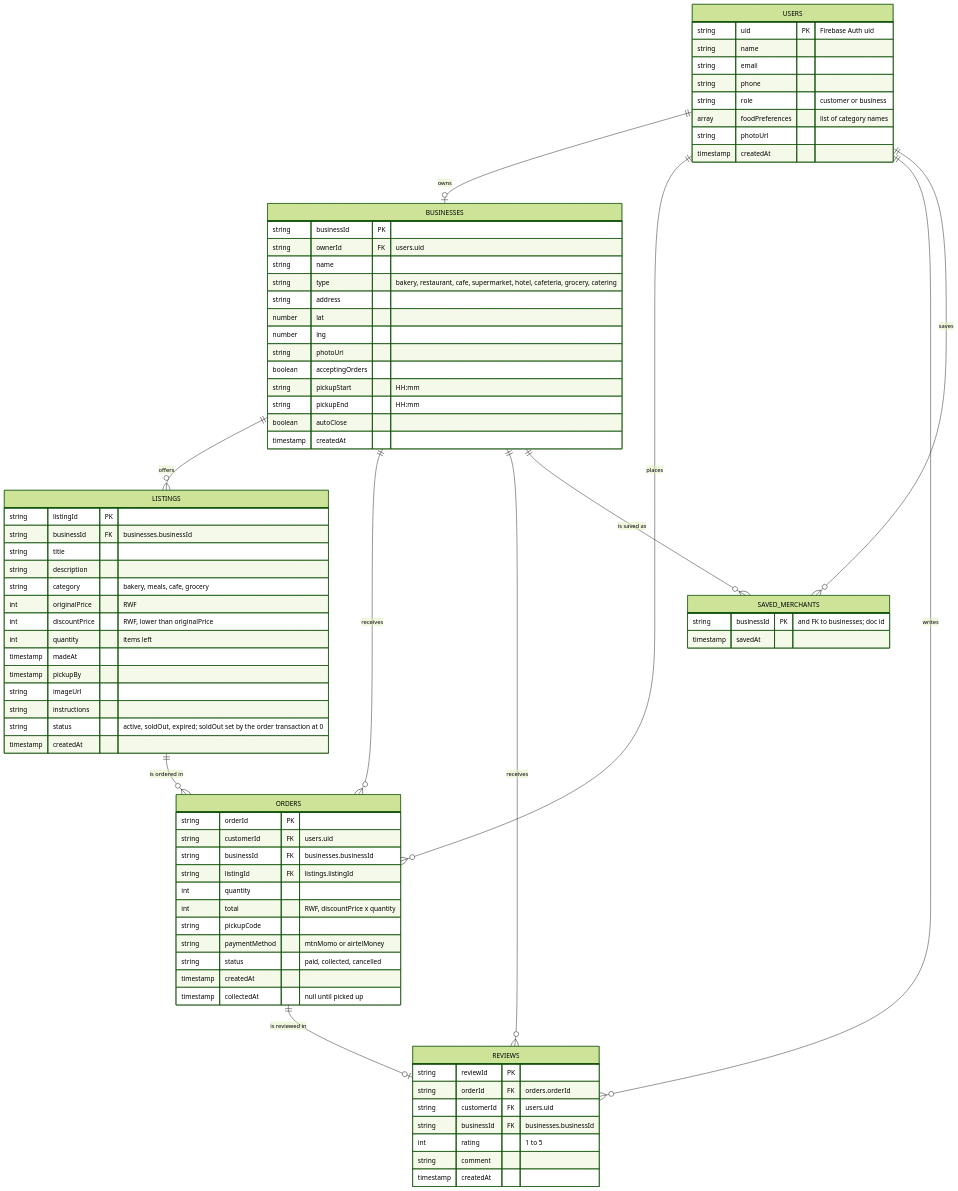
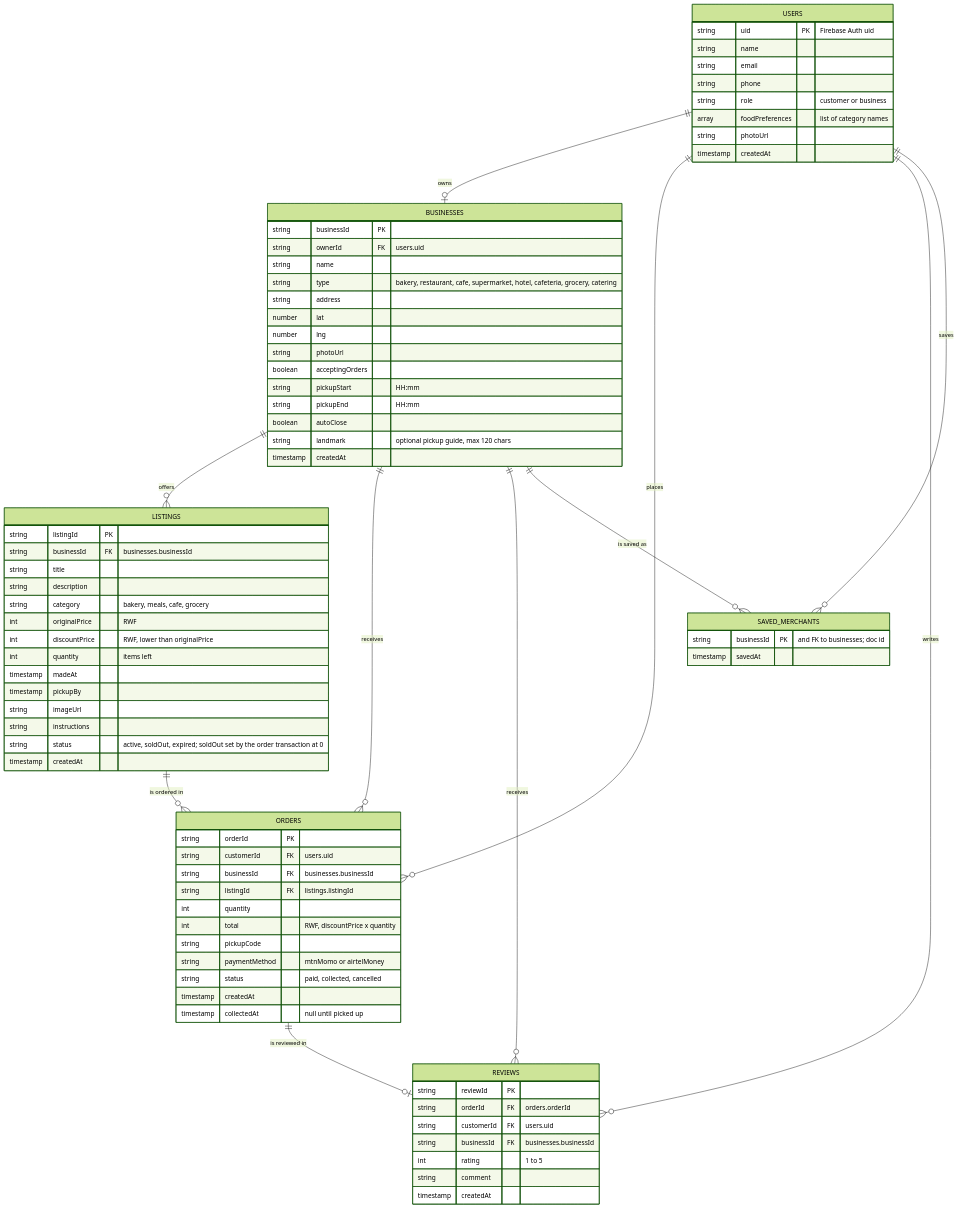
The diagram in docs/database/erd.md (Melyssa-Ingabe/sokosafi), drawn with Mermaid (forest theme) before and after one commit.

Commit message:
docs(erd): add landmark to businesses

```diff
--- a/docs/database/erd.md
+++ b/docs/database/erd.md
@@ -41,6 +41,7 @@
         string pickupStart "HH:mm"
         string pickupEnd "HH:mm"
         boolean autoClose
+        string landmark "optional pickup guide, max 120 chars"
         timestamp createdAt
     }
 
```
